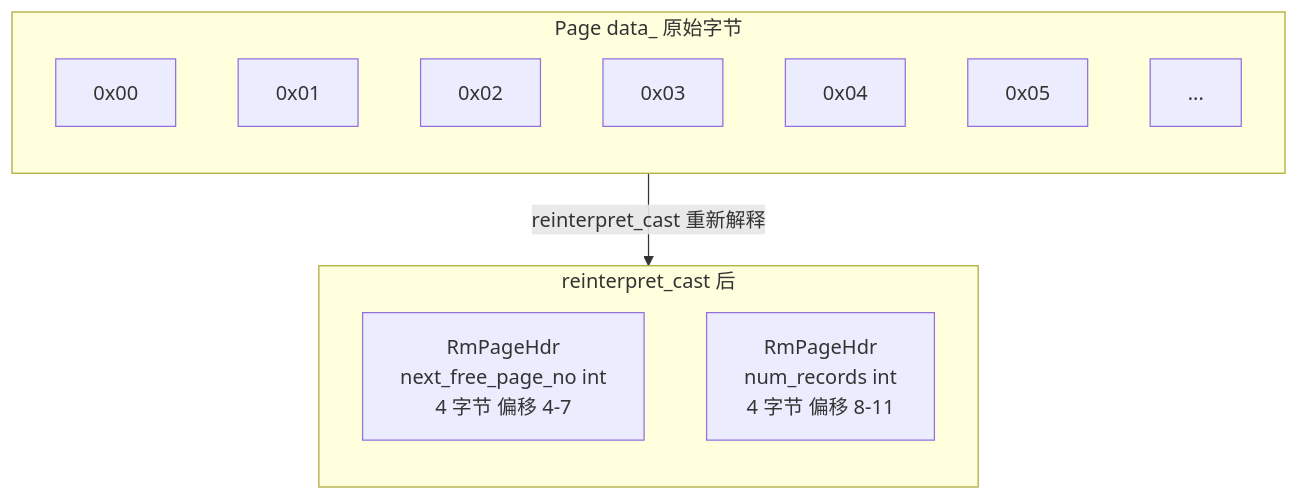
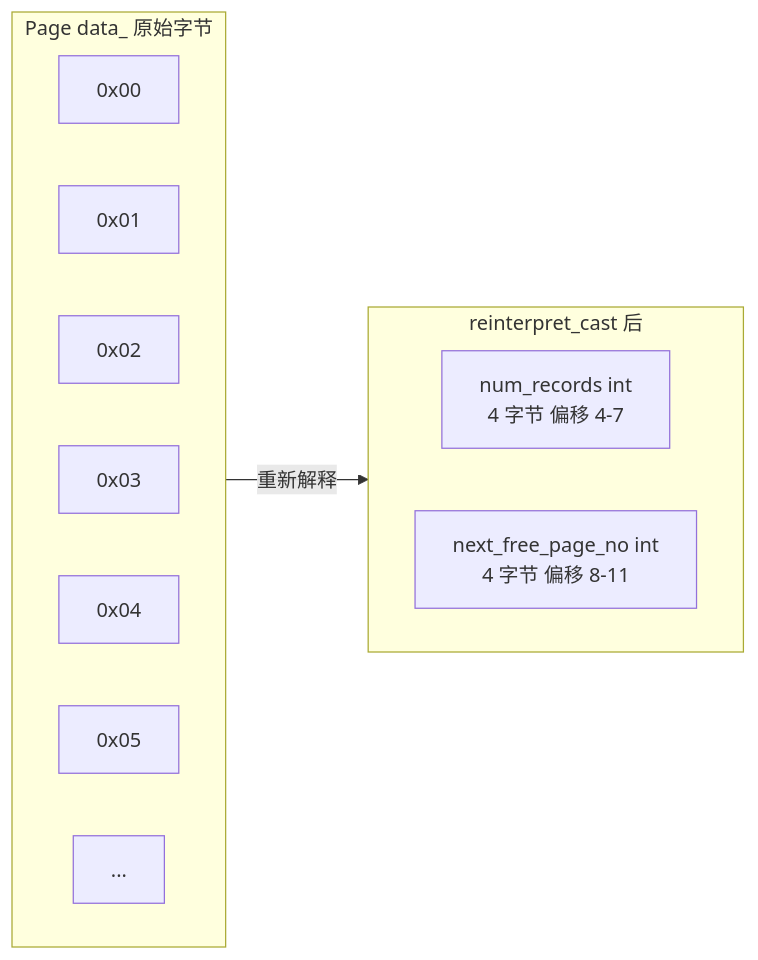
The second of 3 diagrams in my-analysis/02-record-layer/03-record-page-layout.md (Dorian7Alden/RMDB-2024-Analyze), drawn with Mermaid before and after one commit. The commit also changed other lines of this file, not shown here.

Commit message:
重组数据页内部布局文档：Bitmap独立成节、RmPageHandle按前置知识→构造函数→进阶讨论排序

````diff
--- a/my-analysis/02-record-layer/03-record-page-layout.md
+++ b/my-analysis/02-record-layer/03-record-page-layout.md
@@ -282,21 +224,21 @@
 ```mermaid
-flowchart TB
+flowchart LR
     subgraph raw["Page data_ 原始字节"]
-        direction TB
+        direction LR
         B0["0x00"]
         B1["0x01"]
         B2["0x02"]
         B3["0x03"]
         B4["0x04"]
         B5["0x05"]
         BN["..."]
     end
 
     subgraph hdr["reinterpret_cast 后"]
-        direction TB
-        H1["RmPageHdr<br/>next_free_page_no int<br/>4 字节 偏移 4-7"]
-        H0["RmPageHdr<br/>num_records int<br/>4 字节 偏移 8-11"]
+        direction LR
+        H0["num_records int<br/>4 字节 偏移 4-7"]
+        H1["next_free_page_no int<br/>4 字节 偏移 8-11"]
     end
 
-    raw -->|"reinterpret_cast 重新解释"| hdr
+    raw -->|"重新解释"| hdr
 ```
````
